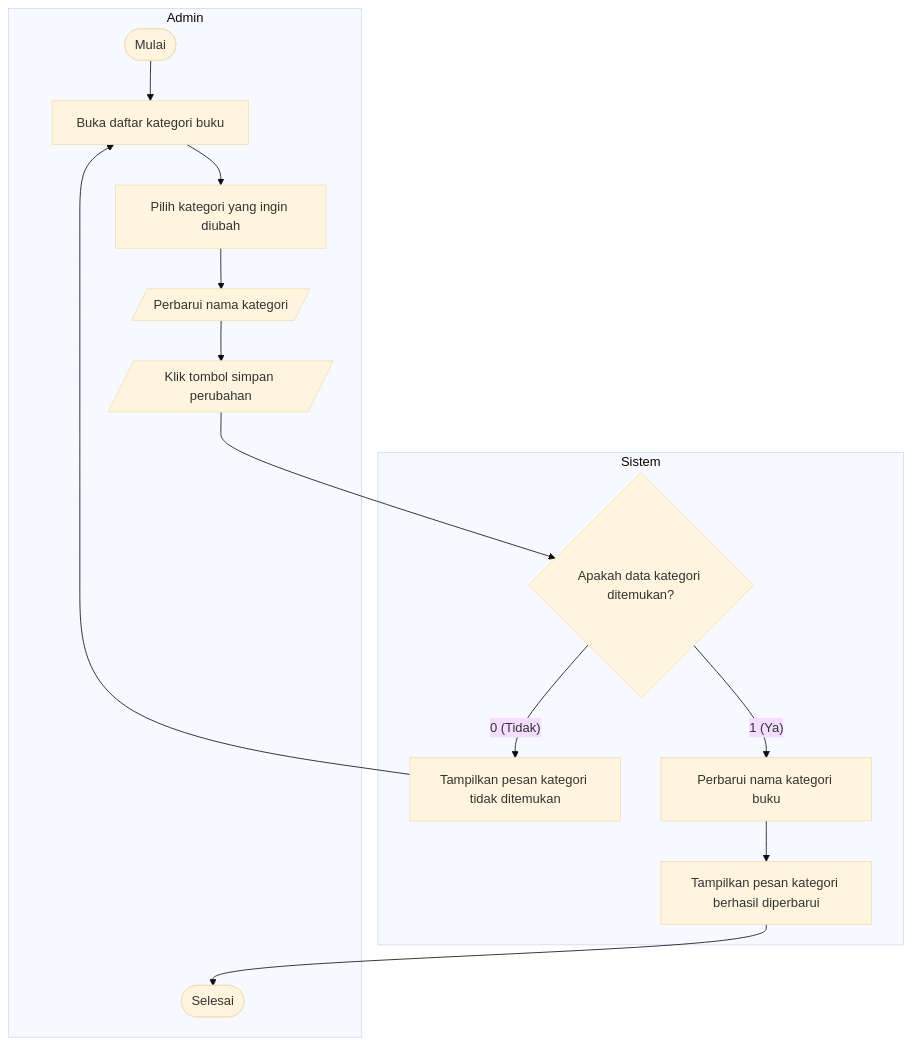
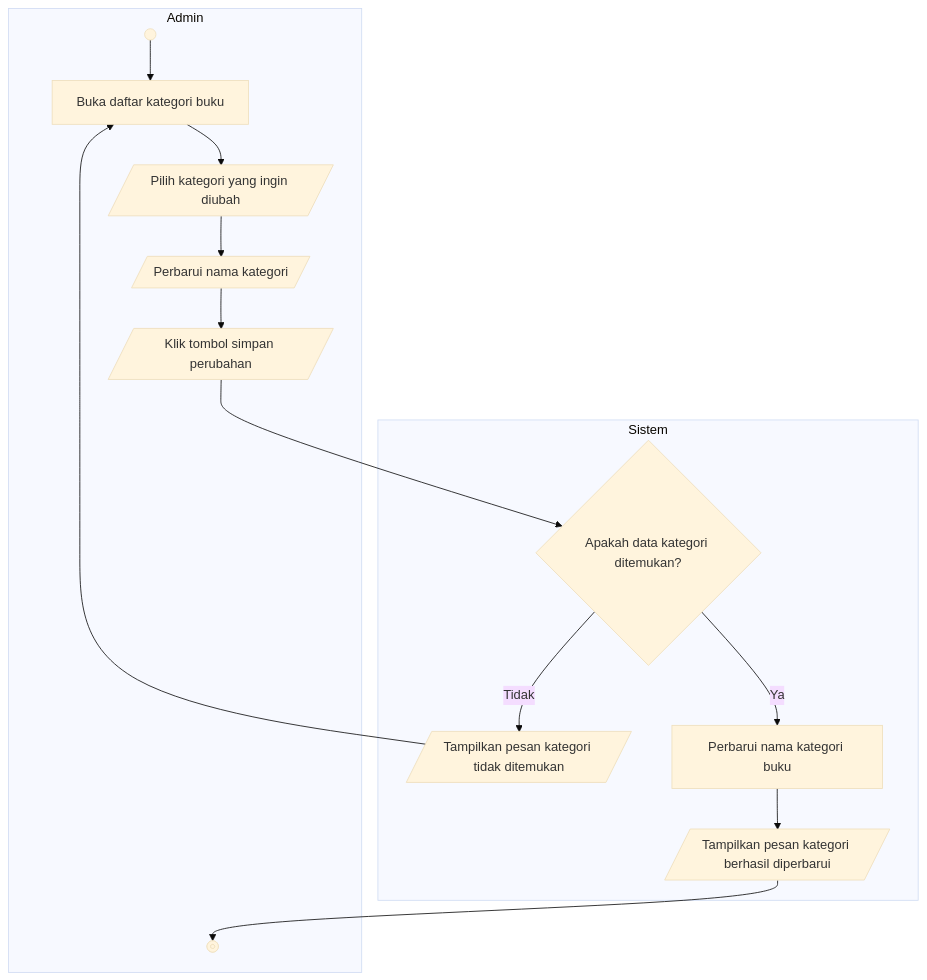
One commit to dimstyle/ruang-baca changed the diagram in docs/uml/src/diagrams/list-diagrams/activity-updatecategory.mmd. Above: the diagram before and after it, drawn with Mermaid (base theme). The commit also changed 134 other files, not shown here.

Commit message:
docs(diagrams): add Chen ERD, use parallelograms for activity I/O, fix layouts, and simplify Ya/Tidak labels

```diff
--- a/docs/uml/src/diagrams/list-diagrams/activity-updatecategory.mmd
+++ b/docs/uml/src/diagrams/list-diagrams/activity-updatecategory.mmd
@@ -1,17 +1,17 @@
 flowchart TD
     subgraph Admin["Admin"]
-        start(["Mulai"]) --> openMenu["Buka daftar kategori buku"]
-        openMenu --> selectCat["Pilih kategori yang ingin diubah"]
+        start@{ shape: sm-circ } --> openMenu["Buka daftar kategori buku"]
+        openMenu --> selectCat[/"Pilih kategori yang ingin diubah"/]
         selectCat --> editName[/"Perbarui nama kategori"/]
         editName --> clickSave[/"Klik tombol simpan perubahan"/]
-        finish(["Selesai"])
+        finish@{ shape: fr-circ }
     end
 
     subgraph Sistem["Sistem"]
         clickSave --> checkExist{"Apakah data kategori ditemukan?"}
-        checkExist -->|"0 (Tidak)"| notFound["Tampilkan pesan kategori tidak ditemukan"]
+        checkExist -->|"Tidak"| notFound[/"Tampilkan pesan kategori tidak ditemukan"/]
         notFound --> openMenu
-        checkExist -->|"1 (Ya)"| saveCat["Perbarui nama kategori buku"]
-        saveCat --> updated["Tampilkan pesan kategori berhasil diperbarui"]
+        checkExist -->|"Ya"| saveCat["Perbarui nama kategori buku"]
+        saveCat --> updated[/"Tampilkan pesan kategori berhasil diperbarui"/]
         updated --> finish
     end
```
